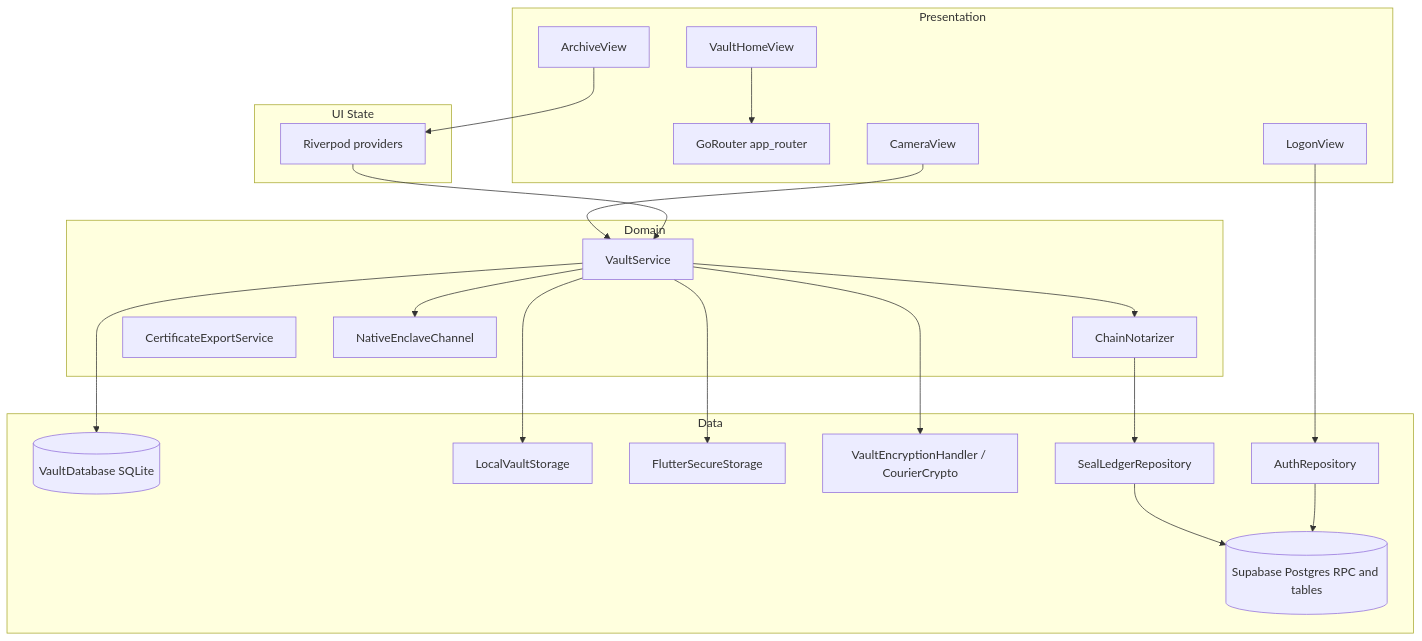
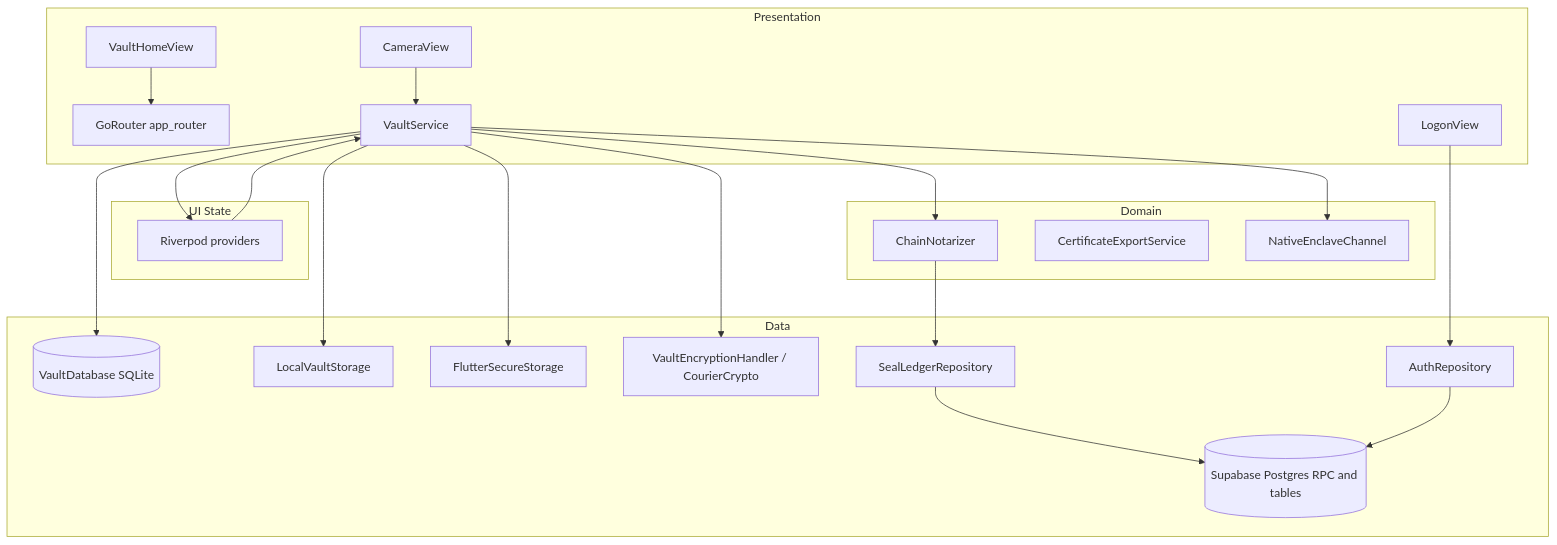
Before and after one commit to PensorCTO/SnapSeal: the diagram in FactLockCam_Blueprints14May2026.md, drawn with Mermaid. The commit also changed other lines of this file and 63 other files, not shown here.

````diff
--- a/FactLockCam_Blueprints14May2026.md
+++ b/FactLockCam_Blueprints14May2026.md
@@ -211,46 +211,46 @@
 ```mermaid
 flowchart TB
   subgraph presentation [Presentation]
     Router[GoRouter app_router]
     Hub[VaultHomeView]
     Archive[ArchiveView]
     Camera[CameraView]
     AuthUI[LogonView]
   end
 
   subgraph state [UI State]
     Riverpod[Riverpod providers]
   end
 
   subgraph domain [Domain]
-    Vault[VaultService]
+    Archive[VaultService]
     Chain[ChainNotarizer]
     Cert[CertificateExportService]
     Enclave[NativeEnclaveChannel]
   end
 
   subgraph data [Data]
     DB[(VaultDatabase SQLite)]
     Files[LocalVaultStorage]
     Secure[FlutterSecureStorage]
     Crypto[VaultEncryptionHandler / CourierCrypto]
     SealRepo[SealLedgerRepository]
     AuthRepo[AuthRepository]
     SB[(Supabase Postgres RPC and tables)]
   end
 
     AuthUI --> AuthRepo
     Hub --> Router
     Archive --> Riverpod
-    Camera --> Vault
-    Riverpod --> Vault
-    Vault --> DB
-    Vault --> Files
-    Vault --> Secure
-    Vault --> Crypto
-    Vault --> Enclave
-    Vault --> Chain
+    Camera --> Archive
+    Riverpod --> Archive
+    Archive --> DB
+    Archive --> Files
+    Archive --> Secure
+    Archive --> Crypto
+    Archive --> Enclave
+    Archive --> Chain
     Chain --> SealRepo
     SealRepo --> SB
     AuthRepo --> SB
 ```
````
